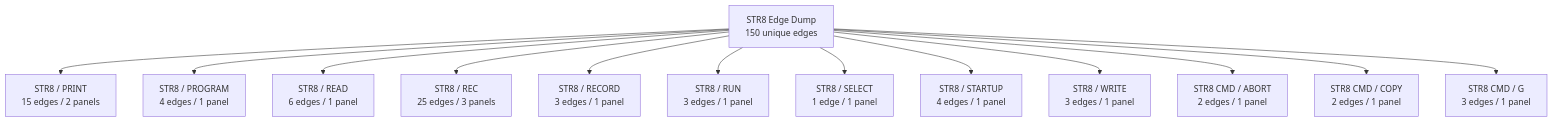
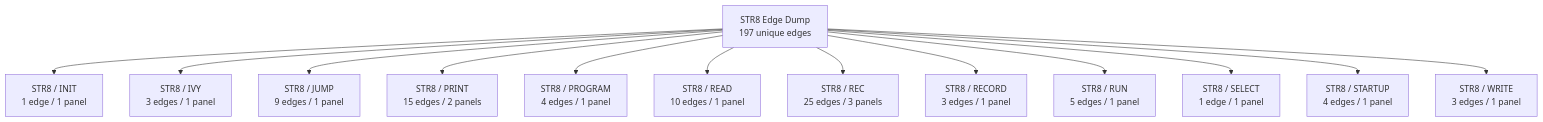
One commit to 95westus/R-YORS changed the second of 41 diagrams in DOC/GUIDES/STR8/STR8_EDGE_DUMP.md. Above: the diagram before and after it, drawn with Mermaid. The commit also changed other lines of this file and 40 other files, not shown here.

````diff
--- a/DOC/GUIDES/STR8/STR8_EDGE_DUMP.md
+++ b/DOC/GUIDES/STR8/STR8_EDGE_DUMP.md
@@ -44,15 +44,15 @@
 ```mermaid
 flowchart TD
-    EDGE_ATLAS_ROOT_1["STR8 Edge Dump<br/>150 unique edges"] --> EDGE_FAMILY_1_0["STR8 / PRINT<br/>15 edges / 2 panels"]
-    EDGE_ATLAS_ROOT_1["STR8 Edge Dump<br/>150 unique edges"] --> EDGE_FAMILY_1_1["STR8 / PROGRAM<br/>4 edges / 1 panel"]
-    EDGE_ATLAS_ROOT_1["STR8 Edge Dump<br/>150 unique edges"] --> EDGE_FAMILY_1_2["STR8 / READ<br/>6 edges / 1 panel"]
-    EDGE_ATLAS_ROOT_1["STR8 Edge Dump<br/>150 unique edges"] --> EDGE_FAMILY_1_3["STR8 / REC<br/>25 edges / 3 panels"]
-    EDGE_ATLAS_ROOT_1["STR8 Edge Dump<br/>150 unique edges"] --> EDGE_FAMILY_1_4["STR8 / RECORD<br/>3 edges / 1 panel"]
-    EDGE_ATLAS_ROOT_1["STR8 Edge Dump<br/>150 unique edges"] --> EDGE_FAMILY_1_5["STR8 / RUN<br/>3 edges / 1 panel"]
-    EDGE_ATLAS_ROOT_1["STR8 Edge Dump<br/>150 unique edges"] --> EDGE_FAMILY_1_6["STR8 / SELECT<br/>1 edge / 1 panel"]
-    EDGE_ATLAS_ROOT_1["STR8 Edge Dump<br/>150 unique edges"] --> EDGE_FAMILY_1_7["STR8 / STARTUP<br/>4 edges / 1 panel"]
-    EDGE_ATLAS_ROOT_1["STR8 Edge Dump<br/>150 unique edges"] --> EDGE_FAMILY_1_8["STR8 / WRITE<br/>3 edges / 1 panel"]
-    EDGE_ATLAS_ROOT_1["STR8 Edge Dump<br/>150 unique edges"] --> EDGE_FAMILY_1_9["STR8 CMD / ABORT<br/>2 edges / 1 panel"]
-    EDGE_ATLAS_ROOT_1["STR8 Edge Dump<br/>150 unique edges"] --> EDGE_FAMILY_1_10["STR8 CMD / COPY<br/>2 edges / 1 panel"]
-    EDGE_ATLAS_ROOT_1["STR8 Edge Dump<br/>150 unique edges"] --> EDGE_FAMILY_1_11["STR8 CMD / G<br/>3 edges / 1 panel"]
+    EDGE_ATLAS_ROOT_1["STR8 Edge Dump<br/>197 unique edges"] --> EDGE_FAMILY_1_0["STR8 / INIT<br/>1 edge / 1 panel"]
+    EDGE_ATLAS_ROOT_1["STR8 Edge Dump<br/>197 unique edges"] --> EDGE_FAMILY_1_1["STR8 / IVY<br/>3 edges / 1 panel"]
+    EDGE_ATLAS_ROOT_1["STR8 Edge Dump<br/>197 unique edges"] --> EDGE_FAMILY_1_2["STR8 / JUMP<br/>9 edges / 1 panel"]
+    EDGE_ATLAS_ROOT_1["STR8 Edge Dump<br/>197 unique edges"] --> EDGE_FAMILY_1_3["STR8 / PRINT<br/>15 edges / 2 panels"]
+    EDGE_ATLAS_ROOT_1["STR8 Edge Dump<br/>197 unique edges"] --> EDGE_FAMILY_1_4["STR8 / PROGRAM<br/>4 edges / 1 panel"]
+    EDGE_ATLAS_ROOT_1["STR8 Edge Dump<br/>197 unique edges"] --> EDGE_FAMILY_1_5["STR8 / READ<br/>10 edges / 1 panel"]
+    EDGE_ATLAS_ROOT_1["STR8 Edge Dump<br/>197 unique edges"] --> EDGE_FAMILY_1_6["STR8 / REC<br/>25 edges / 3 panels"]
+    EDGE_ATLAS_ROOT_1["STR8 Edge Dump<br/>197 unique edges"] --> EDGE_FAMILY_1_7["STR8 / RECORD<br/>3 edges / 1 panel"]
+    EDGE_ATLAS_ROOT_1["STR8 Edge Dump<br/>197 unique edges"] --> EDGE_FAMILY_1_8["STR8 / RUN<br/>5 edges / 1 panel"]
+    EDGE_ATLAS_ROOT_1["STR8 Edge Dump<br/>197 unique edges"] --> EDGE_FAMILY_1_9["STR8 / SELECT<br/>1 edge / 1 panel"]
+    EDGE_ATLAS_ROOT_1["STR8 Edge Dump<br/>197 unique edges"] --> EDGE_FAMILY_1_10["STR8 / STARTUP<br/>4 edges / 1 panel"]
+    EDGE_ATLAS_ROOT_1["STR8 Edge Dump<br/>197 unique edges"] --> EDGE_FAMILY_1_11["STR8 / WRITE<br/>3 edges / 1 panel"]
 ```
````
